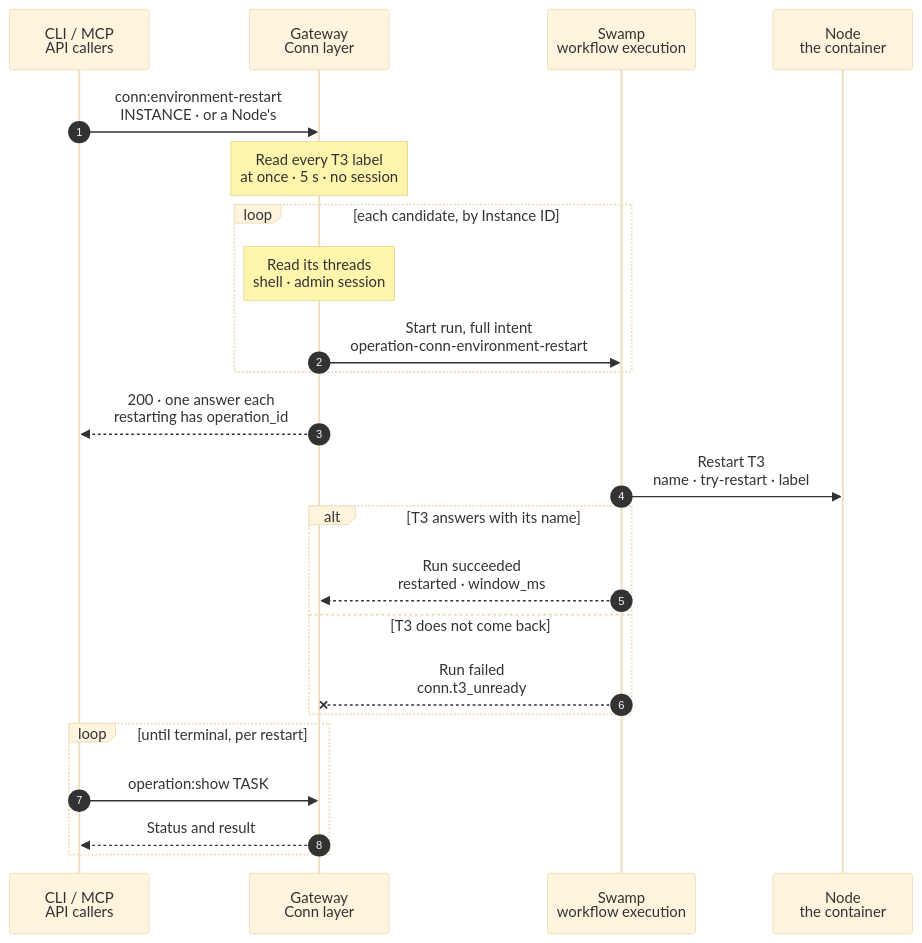
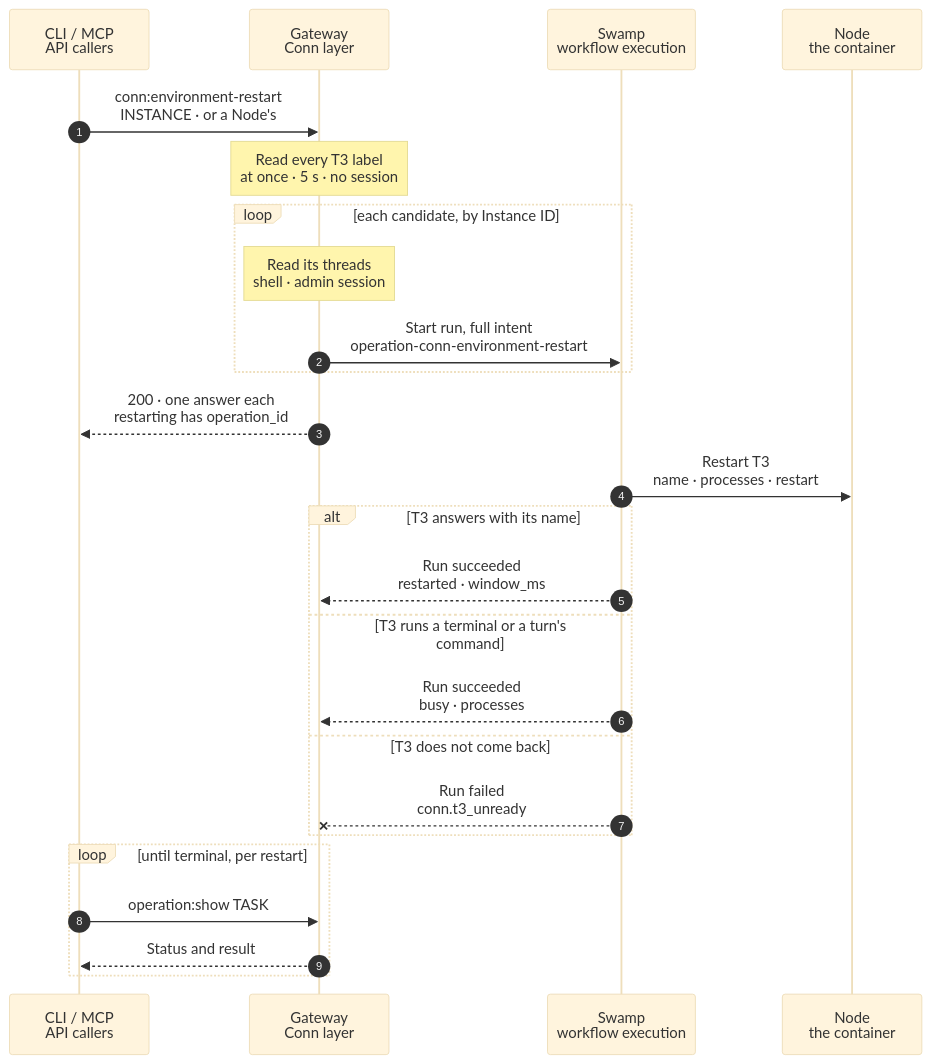
The diagram in docs/cli/conn/environment-restart.mmd (hardimpactdev/orbit), drawn with Mermaid (base theme) before and after one commit. The commit also changed 4 other files, not shown here.

First line of the commit message:
docs(conn): T3 terminals are never ended; the run's process guard

```diff
--- a/docs/cli/conn/environment-restart.mmd
+++ b/docs/cli/conn/environment-restart.mmd
@@ -1,58 +1,64 @@
 sequenceDiagram
   %% Container runtime (docs/reference/development-containers.md#existing-instances, docs/reference/conn.md#restart-for-the-machine-name): restart an idle container T3 server whose label is not yet the machine name. Stock T3 reads PRETTY_HOSTNAME only at its start. The Gateway reads every label at once, then each candidate's threads right before that Instance's own `conn.environment_restart` admission. The Node form walks its containers by Instance ID.
   %% status: draft
   %% command: orbit conn:environment-restart <instance> · orbit conn:node-environments-restart <node>
   %% kind: conn.environment_restart
   autonumber
   %% lane CLI icon=terminal pill=caller tone=gray
   %% lane GW icon=gateway pill=intent tone=blue
   %% lane SW icon=workflow pill=executes tone=green
   %% lane N icon=server pill=target tone=purple
   participant CLI as CLI / MCP<br/>API callers
   participant GW as Gateway<br/>Conn layer
   participant SW as Swamp<br/>workflow execution
   participant N as Node<br/>the container
   CLI->>GW: conn:environment-restart<br/>INSTANCE · or a Node's
   %%> Command:
   %%> - `orbit conn:environment-restart INSTANCE`, syntax `<instance-id> [--json]`
   %%> - `orbit conn:node-environments-restart NODE`, syntax `<node-id> [--json]`: the same steps for each container Instance of the Node
   Note over GW: Read every T3 label<br/>at once · 5 s · no session
   %%> Answers without a run:
   %%> - `skipped`: `frozen` or `stopped` (it reads the name at its next start), `no_t3` (no Conn server row), `t3_unreadable`
   %%> - `current`: the label already equals `<instance>.<project slug>`
   loop each candidate, by Instance ID
     Note over GW: Read its threads<br/>shell · admin session
     %%> Busy, answered `busy` without a run:
     %%> - a working run (the idle sleep's rule), or any pending runtime request, blocking or not: `t3_working`
     %%> - another Conn Operation on the server: `conn_operation`; other work on the Instance, or an Instance that is not active: the refusal code
     %%> Limits:
     %%> - at most four restarts a call, later ones `skipped` `next_run`; past 120 s the rest `skipped` `deadline`
     %%> Why the read is here:
     %%> - one busy rule in one place; a read in the run would need the admin session as a vault copy and the rule a second time outside PHP
     GW->>SW: Start run, full intent<br/>operation-conn-environment-restart
     %%> Result:
     %%> - one Operation holding the Instance's lock; the intent has no session
   end
   GW-->>CLI: 200 · one answer each<br/>restarting has operation_id
-  SW->>N: Restart T3<br/>name · try-restart · label
+  SW->>N: Restart T3<br/>name · processes · restart
   %%> What it does:
   %%> - stops with `skipped` when the container no longer runs, or `name_not_written` when /etc/machine-info lacks the name
+  %%> - right before the restart, reads the processes of T3's service: a terminal shell, what it runs, or a turn's tool process answers `busy` `processes`
   %%> - `systemctl try-restart t3.service`; nothing else restarts, and the kernel hostname stays
   %%> - then reads the label inside the container on T3's port until it is the name, about 84 s at most
   %%> What a user sees:
-  %%> - a turn that started after the read is cut; T3 records it as cancelled and continues it after its start
-  %%> - T3 terminals and every process started in them end; Orbit Processes do not restart
+  %%> - a turn that started after the read and runs no tool yet is cut; T3 records it as cancelled and continues it after its start
+  %%> - T3 terminals and their processes are never ended; Orbit Processes do not restart
   %%> - a connected client shows Reconnecting… and reconnects; an unsent draft stays in the browser
   alt T3 answers with its name
     %% path: restarted
     SW-->>GW: Run succeeded<br/>restarted · window_ms
+  else T3 runs a terminal or a turn's command
+    %% path: processes
+    SW-->>GW: Run succeeded<br/>busy · processes
+    %%> Result:
+    %%> - the counts of terminal shells and commands; nothing restarted, and a later run takes it
   else T3 does not come back
     %% path: not-back
     SW--xGW: Run failed<br/>conn.t3_unready
     %%> Result:
     %%> - `failed`, or `conn.t3_label_mismatch` when T3 answers with another label; the Operation does not retry
   end
   loop until terminal, per restart
     CLI->>GW: operation:show TASK
     GW-->>CLI: Status and result
   end
```
